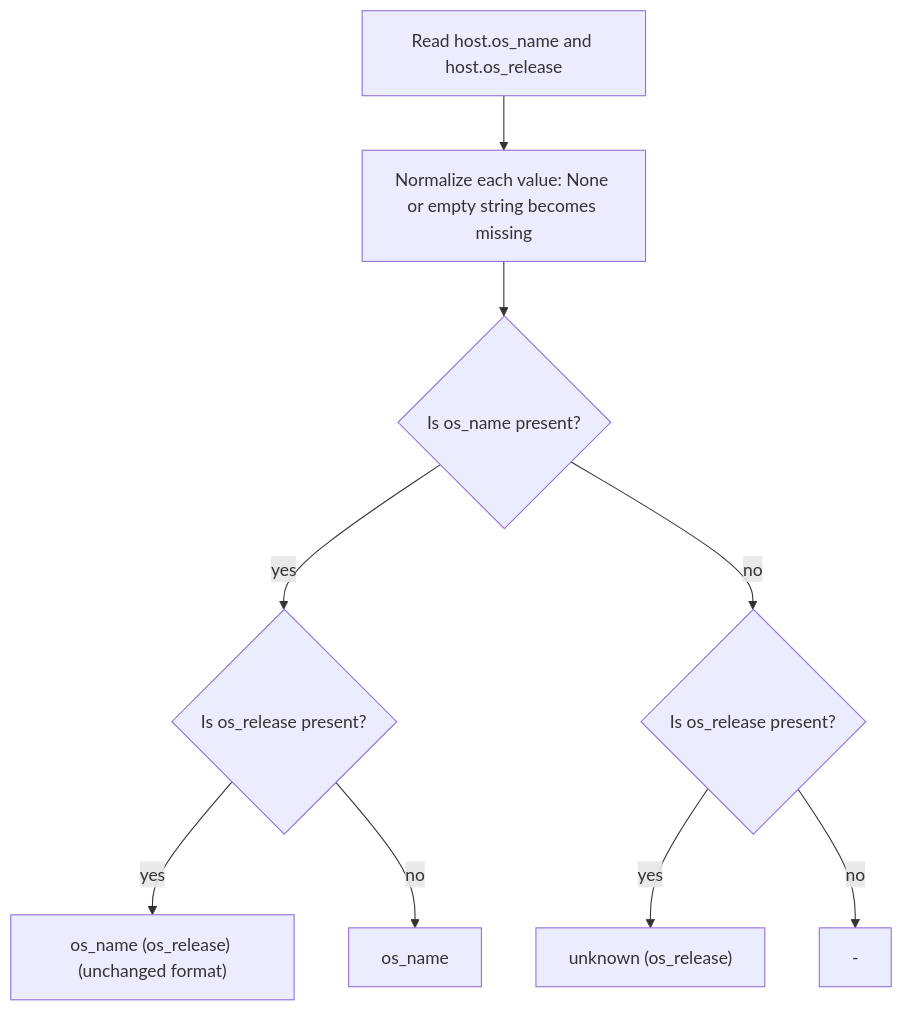
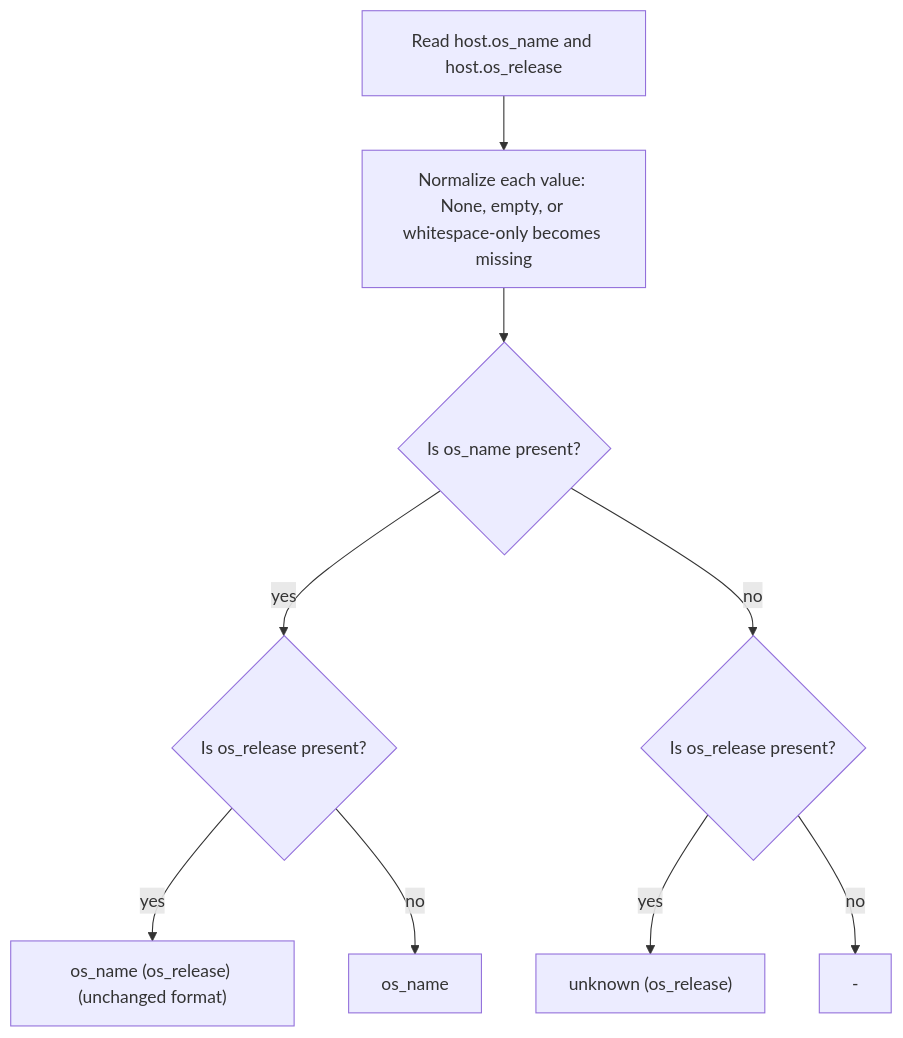
One commit to fariello/pubrun changed the diagram in .aw/records/plans/pending/20261122-zen6hs-01-46fixy-guard-missing-host-os-fields-in-the-tui-details-os-line.ipd.md. Above: the diagram before and after it, drawn with Mermaid. The commit also changed other lines of this file and 1 other file, not shown here.

````diff
--- a/.aw/records/plans/pending/20261122-zen6hs-01-46fixy-guard-missing-host-os-fields-in-the-tui-details-os-line.ipd.md
+++ b/.aw/records/plans/pending/20261122-zen6hs-01-46fixy-guard-missing-host-os-fields-in-the-tui-details-os-line.ipd.md
@@ -36,11 +39,11 @@
 ```mermaid
 flowchart TD
-    A["Read host.os_name and host.os_release"] --> B["Normalize each value: None or empty string becomes missing"]
+    A["Read host.os_name and host.os_release"] --> B["Normalize each value: None, empty, or whitespace-only becomes missing"]
     B --> C{"Is os_name present?"}
     C -- "yes" --> D{"Is os_release present?"}
     D -- "yes" --> E["os_name (os_release) (unchanged format)"]
     D -- "no" --> F["os_name"]
     C -- "no" --> G{"Is os_release present?"}
     G -- "yes" --> H["unknown (os_release)"]
     G -- "no" --> I["-"]
 ```
````
